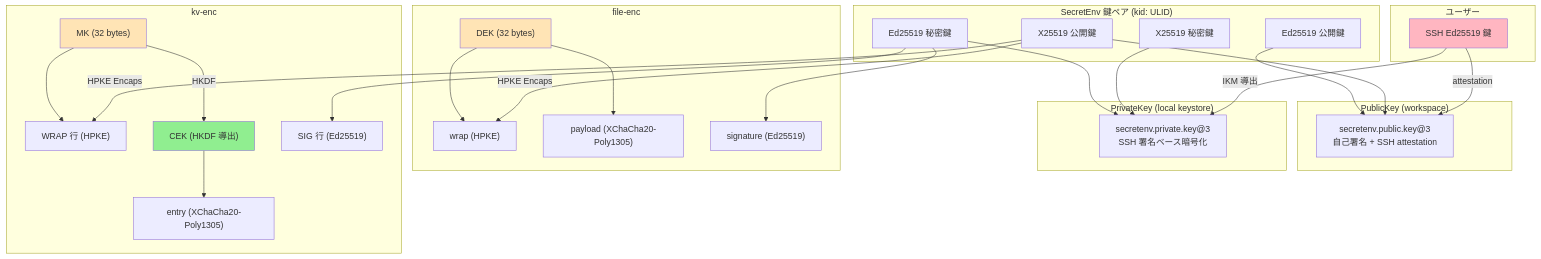
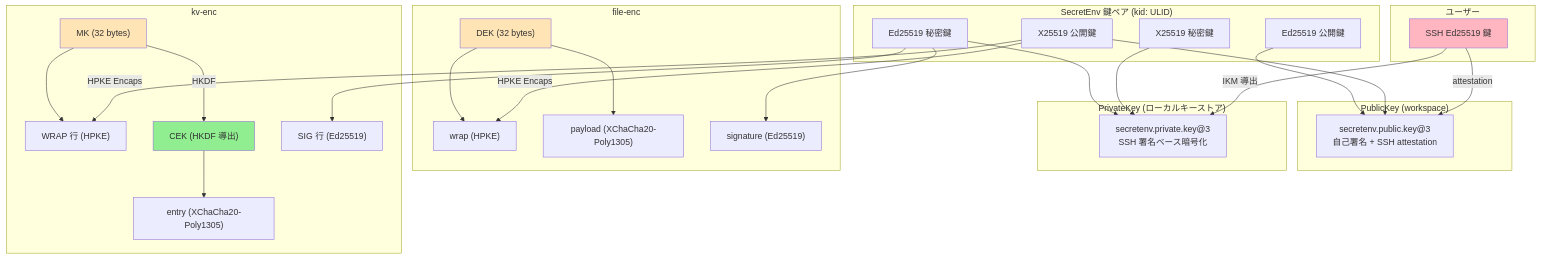
Before and after one commit to ebisawa/secretenv: the sixth of 6 diagrams in guides/security_design_v3_ja.md, drawn with Mermaid. The commit also changed other lines of this file and 3 other files, not shown here.

````diff
--- a/guides/security_design_v3_ja.md
+++ b/guides/security_design_v3_ja.md
@@ -1357,59 +1393,59 @@
 ```mermaid
 graph TB
     subgraph user["ユーザー"]
         SSH["SSH Ed25519 鍵"]
     end
 
     subgraph secretenv_keys["SecretEnv 鍵ペア (kid: ULID)"]
         KEM_PK["X25519 公開鍵"]
         KEM_SK["X25519 秘密鍵"]
         SIG_PK["Ed25519 公開鍵"]
         SIG_SK["Ed25519 秘密鍵"]
     end
 
     subgraph public_key["PublicKey (workspace)"]
         PK_DOC["secretenv.public.key@3<br/>自己署名 + SSH attestation"]
     end
 
-    subgraph private_key["PrivateKey (local keystore)"]
+    subgraph private_key["PrivateKey (ローカルキーストア)"]
         PK_ENC["secretenv.private.key@3<br/>SSH 署名ベース暗号化"]
     end
 
     subgraph file_enc["file-enc"]
         DEK["DEK (32 bytes)"]
         FILE_WRAP["wrap (HPKE)"]
         FILE_PAYLOAD["payload (XChaCha20-Poly1305)"]
         FILE_SIG["signature (Ed25519)"]
     end
 
     subgraph kv_enc["kv-enc"]
         MK["MK (32 bytes)"]
         KV_WRAP["WRAP 行 (HPKE)"]
         CEK["CEK (HKDF 導出)"]
         ENTRY["entry (XChaCha20-Poly1305)"]
         KV_SIG["SIG 行 (Ed25519)"]
     end
 
     SSH -->|attestation| PK_DOC
     SSH -->|IKM 導出| PK_ENC
     KEM_PK --> PK_DOC
     SIG_PK --> PK_DOC
     KEM_SK --> PK_ENC
     SIG_SK --> PK_ENC
 
     KEM_PK -->|HPKE Encaps| FILE_WRAP
     KEM_PK -->|HPKE Encaps| KV_WRAP
     DEK --> FILE_WRAP
     DEK --> FILE_PAYLOAD
     SIG_SK --> FILE_SIG
 
     MK --> KV_WRAP
     MK -->|HKDF| CEK
     CEK --> ENTRY
     SIG_SK --> KV_SIG
 
     style SSH fill:#FFB6C1
     style DEK fill:#FFE4B5
     style MK fill:#FFE4B5
     style CEK fill:#90EE90
 ```
````
